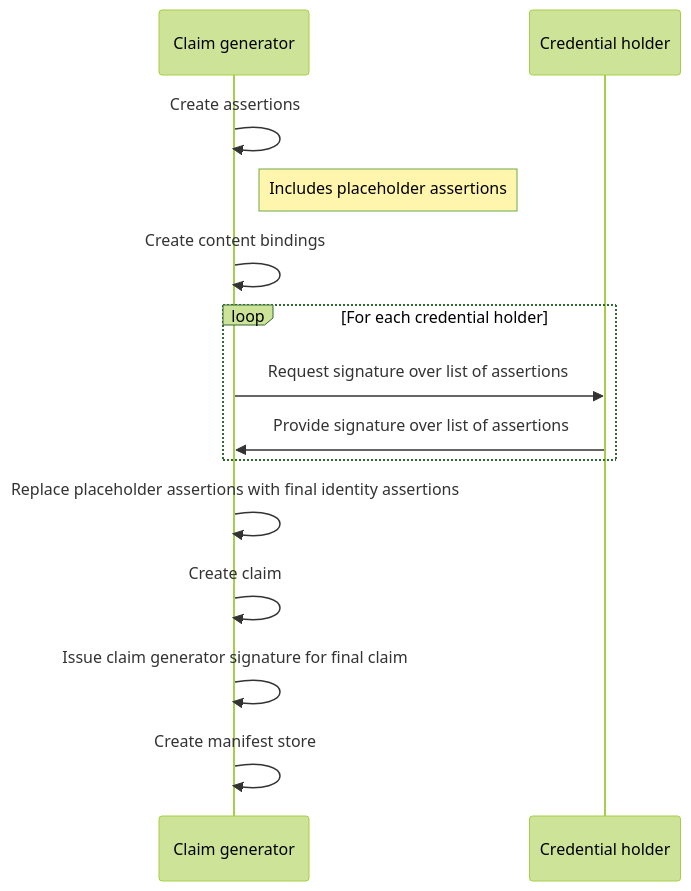
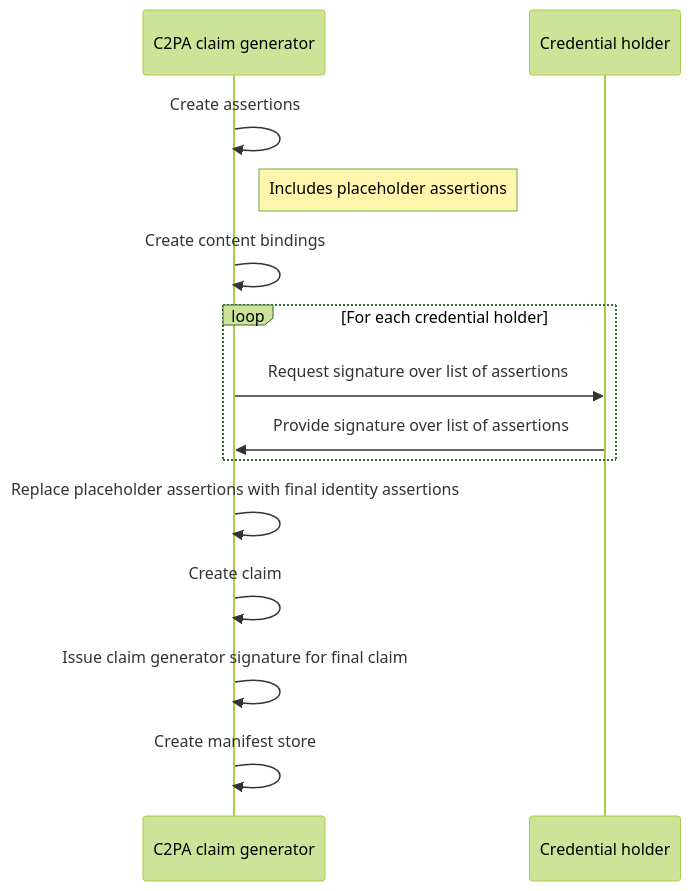
One commit to creator-assertions/identity-assertion changed the diagram in docs/modules/ROOT/pages/index.adoc. Above: the diagram before and after it, drawn with Mermaid (forest theme). The commit also changed other lines of this file and 1 other file, not shown here.

First line of the commit message:
Add "C2PA claim generator" to the glossary and x-ref throughout the document

```diff
--- a/docs/modules/ROOT/pages/index.adoc
+++ b/docs/modules/ROOT/pages/index.adoc
@@ -252,20 +256,20 @@
 [mermaid,width=100%]
 ....
 sequenceDiagram
-    participant G as Claim generator
+    participant G as C2PA claim generator
     participant H as Credential holder
 
     G->>G: Create assertions
     Note right of G: Includes placeholder assertions
     G->>G: Create content bindings
     
     loop For each credential holder
     G->>H: Request signature over list of assertions
     H->>G: Provide signature over list of assertions
     end
 
     G->>G: Replace placeholder assertions with final identity assertions
     G->>G: Create claim
     G->>G: Issue claim generator signature for final claim
     G->>G: Create manifest store
 ....
```
